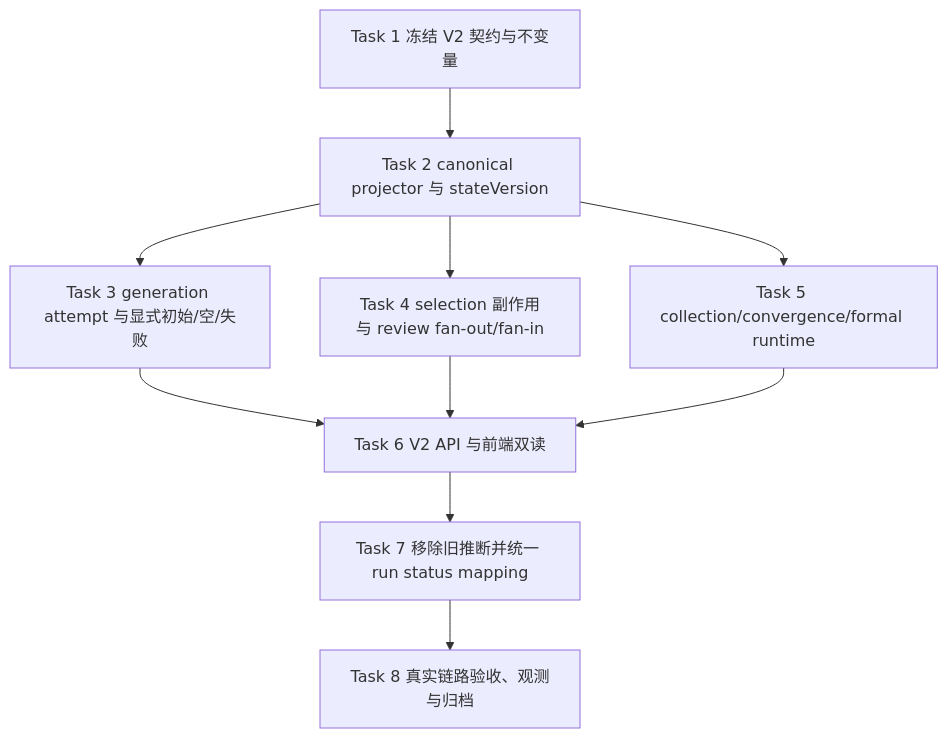
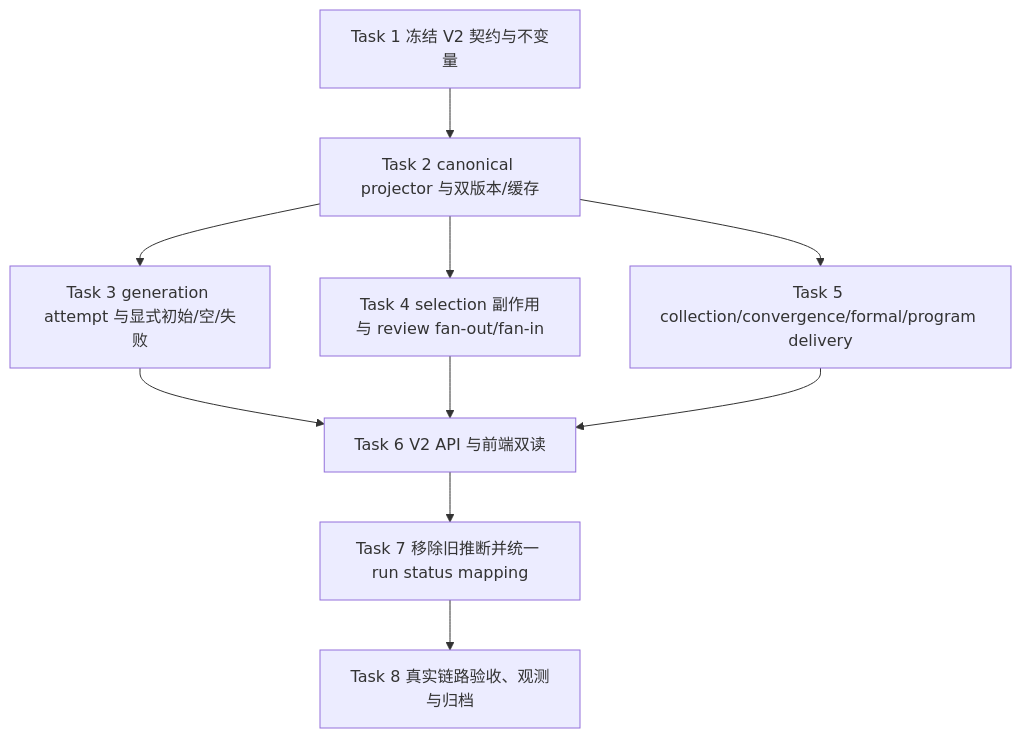
Before and after one commit to CCDawn/Vibelution: the second of 2 diagrams in docs/plans/2026-08-25-challenge-cup-canonical-workflow-state-plan.md, drawn with Mermaid. The commit also changed other lines of this file and 2 other files, not shown here.

Commit message:
docs: correct canonical Challenge Cup workflow plan

````diff
--- a/docs/plans/2026-08-25-challenge-cup-canonical-workflow-state-plan.md
+++ b/docs/plans/2026-08-25-challenge-cup-canonical-workflow-state-plan.md
@@ -836,12 +1009,12 @@
 ```mermaid
 flowchart TD
-  T1["Task 1 冻结 V2 契约与不变量"] --> T2["Task 2 canonical projector 与 stateVersion"]
+  T1["Task 1 冻结 V2 契约与不变量"] --> T2["Task 2 canonical projector 与双版本/缓存"]
   T2 --> T3["Task 3 generation attempt 与显式初始/空/失败"]
   T2 --> T4["Task 4 selection 副作用与 review fan-out/fan-in"]
-  T2 --> T5["Task 5 collection/convergence/formal runtime"]
+  T2 --> T5["Task 5 collection/convergence/formal/program delivery"]
   T3 --> T6["Task 6 V2 API 与前端双读"]
   T4 --> T6
   T5 --> T6
   T6 --> T7["Task 7 移除旧推断并统一 run status mapping"]
   T7 --> T8["Task 8 真实链路验收、观测与归档"]
 ```
````
